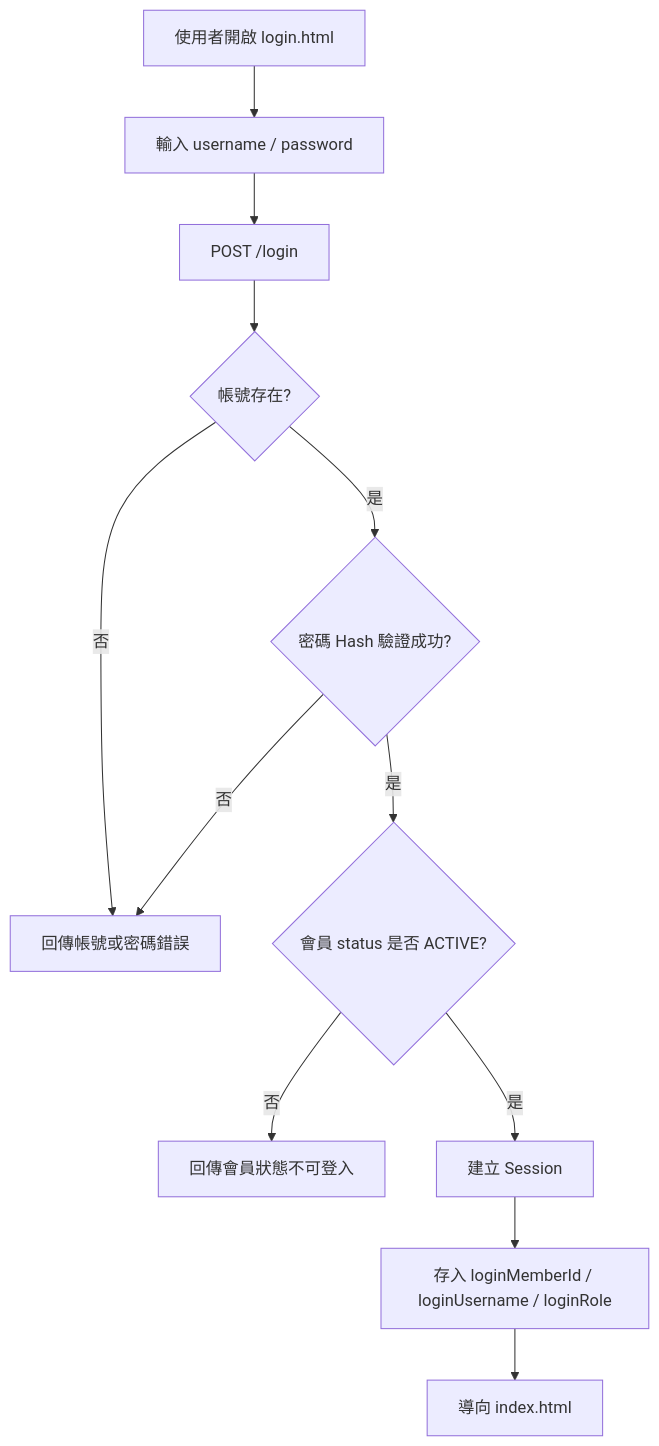
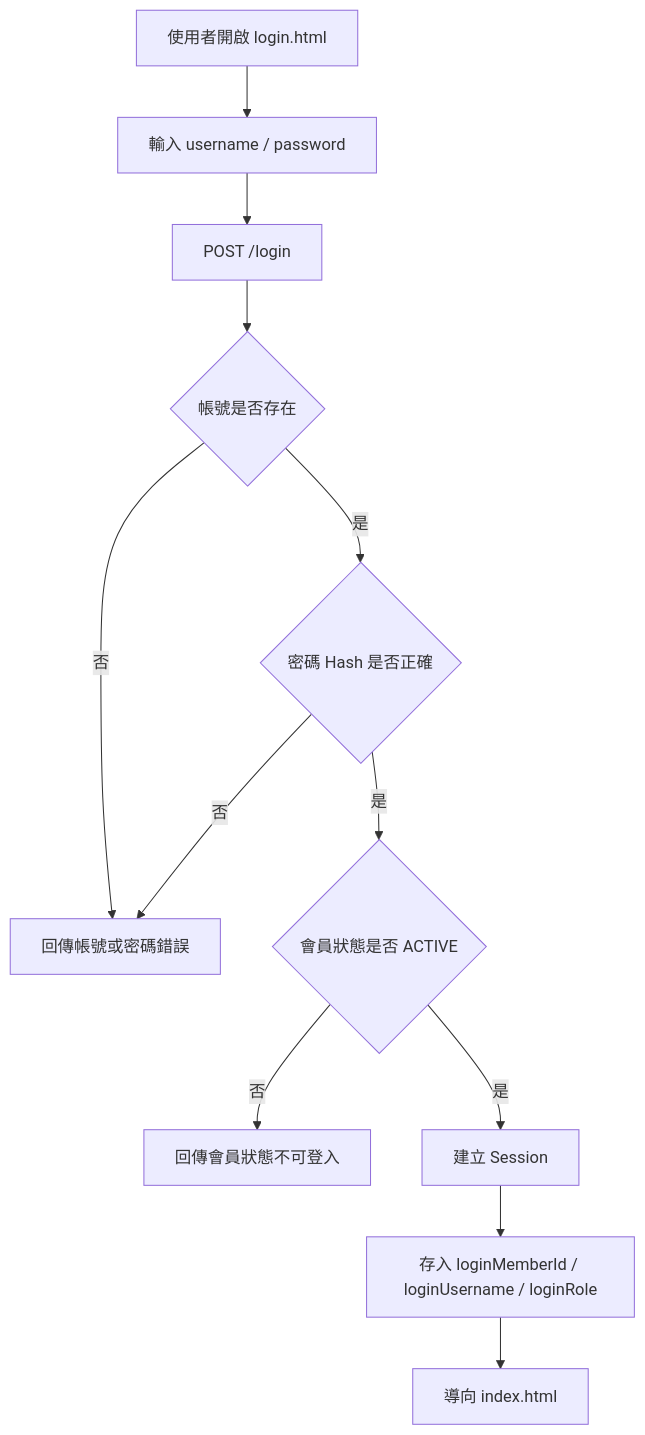
The fourth of 8 diagrams in README.md (s717456/SimpleShop_MavenWebProject), drawn with Mermaid before and after one commit. The commit also changed other lines of this file, not shown here.

````diff
--- a/README.md
+++ b/README.md
@@ -471,14 +478,14 @@
 ```mermaid
 flowchart TD
-    A[使用者開啟 login.html] --> B[輸入 username / password]
-    B --> C[POST /login]
-    C --> D{帳號存在?}
-    D -- 否 --> E[回傳帳號或密碼錯誤]
-    D -- 是 --> F{密碼 Hash 驗證成功?}
-    F -- 否 --> E
-    F -- 是 --> G{會員 status 是否 ACTIVE?}
-    G -- 否 --> H[回傳會員狀態不可登入]
-    G -- 是 --> I[建立 Session]
-    I --> J[存入 loginMemberId / loginUsername / loginRole]
-    J --> K[導向 index.html]
+    A["使用者開啟 login.html"] --> B["輸入 username / password"]
+    B --> C["POST /login"]
+    C --> D{"帳號是否存在"}
+    D -- "否" --> E["回傳帳號或密碼錯誤"]
+    D -- "是" --> F{"密碼 Hash 是否正確"}
+    F -- "否" --> E
+    F -- "是" --> G{"會員狀態是否 ACTIVE"}
+    G -- "否" --> H["回傳會員狀態不可登入"]
+    G -- "是" --> I["建立 Session"]
+    I --> J["存入 loginMemberId / loginUsername / loginRole"]
+    J --> K["導向 index.html"]
 ```
````
